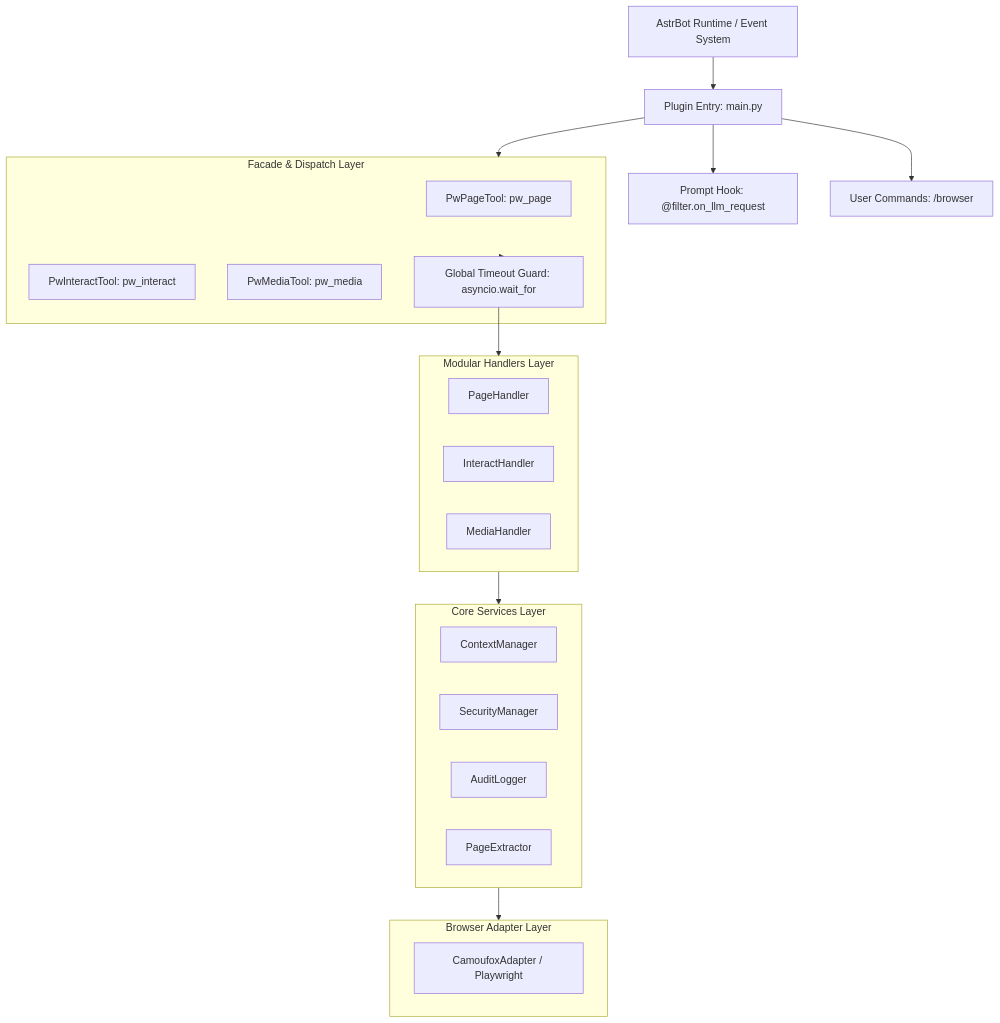
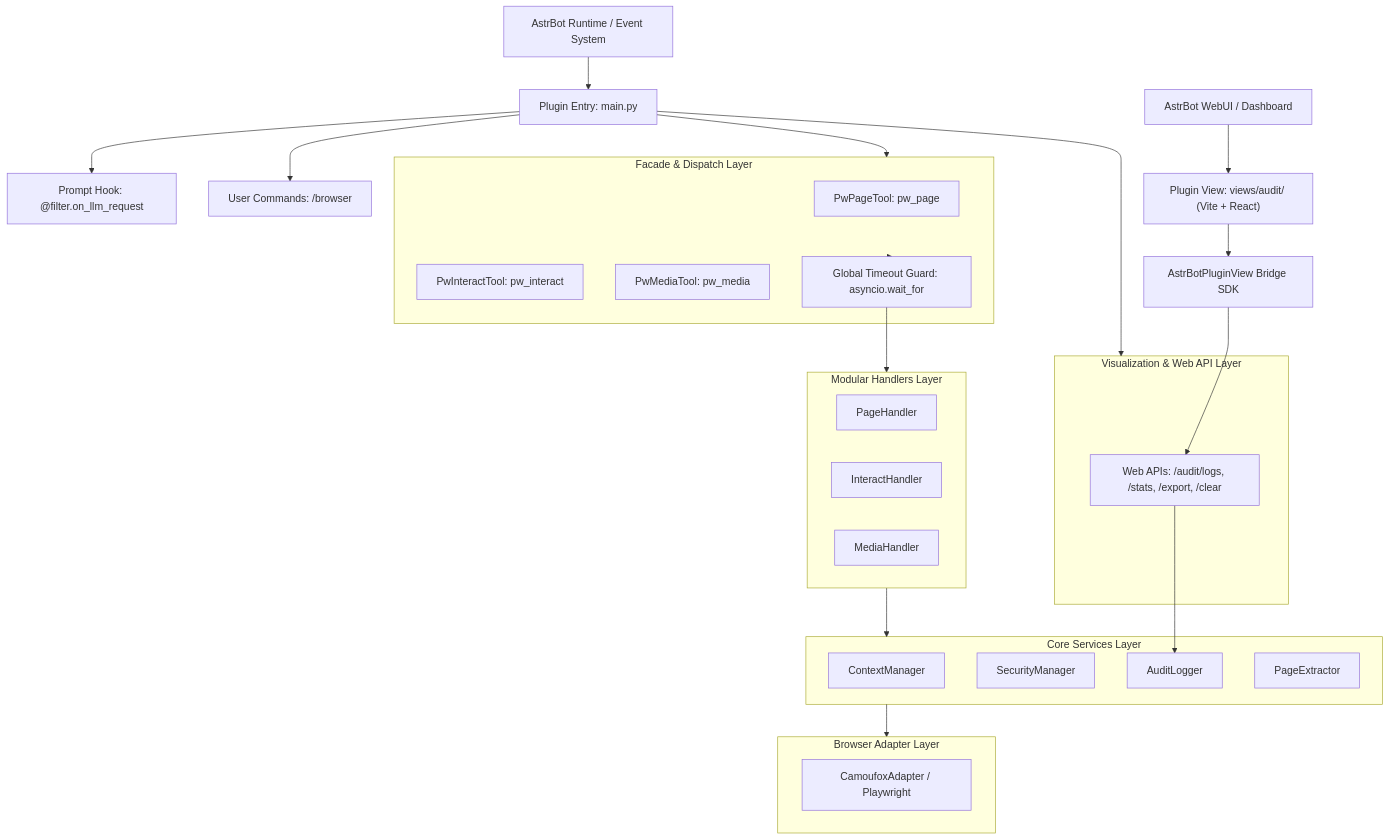
The diagram in docs/ARCHITECTURE.md (SmileYik/astrbot_plugin_playwright_tools), drawn with Mermaid before and after one commit. The commit also changed other lines of this file and 5 other files, not shown here.

Commit message:
docs: update architecture, changelog, and bump version to v2.1.0

````diff
--- a/docs/ARCHITECTURE.md
+++ b/docs/ARCHITECTURE.md
@@ -11,40 +11,53 @@
 ```mermaid
 flowchart TD
     AstrBot[AstrBot Runtime / Event System]
     PluginEntry[Plugin Entry: main.py]
     PromptHook["Prompt Hook: @filter.on_llm_request"]
     Cmds["User Commands: /browser"]
+    WebUI["AstrBot WebUI / Dashboard"]
+    AuditView["Plugin View: views/audit/ (Vite + React)"]
+    Bridge["AstrBotPluginView Bridge SDK"]
     
+    subgraph ViewLayer [Visualization & Web API Layer]
+        WebAPI["Web APIs: /audit/logs, /stats, /export, /clear"]
+    end
+
     subgraph FacadeLayer [Facade & Dispatch Layer]
         PwPage[PwPageTool: pw_page]
         PwInteract[PwInteractTool: pw_interact]
         PwMedia[PwMediaTool: pw_media]
         TimeoutWrapper["Global Timeout Guard: asyncio.wait_for"]
     end
 
     subgraph HandlerLayer [Modular Handlers Layer]
         PageHandler[PageHandler]
         InteractHandler[InteractHandler]
         MediaHandler[MediaHandler]
     end
 
     subgraph CoreLayer [Core Services Layer]
         CtxMgr[ContextManager]
         SecMgr[SecurityManager]
         AuditLog[AuditLogger]
         Extractor[PageExtractor]
     end
 
     subgraph AdaptLayer [Browser Adapter Layer]
         Camoufox[CamoufoxAdapter / Playwright]
     end
 
     AstrBot --> PluginEntry
     PluginEntry --> PromptHook
     PluginEntry --> Cmds
     PluginEntry --> FacadeLayer
+    PluginEntry --> ViewLayer
     FacadeLayer --> TimeoutWrapper
     TimeoutWrapper --> HandlerLayer
     HandlerLayer --> CoreLayer
     CoreLayer --> AdaptLayer
+
+    WebUI --> AuditView
+    AuditView --> Bridge
+    Bridge --> WebAPI
+    WebAPI --> AuditLog
 ```
````
